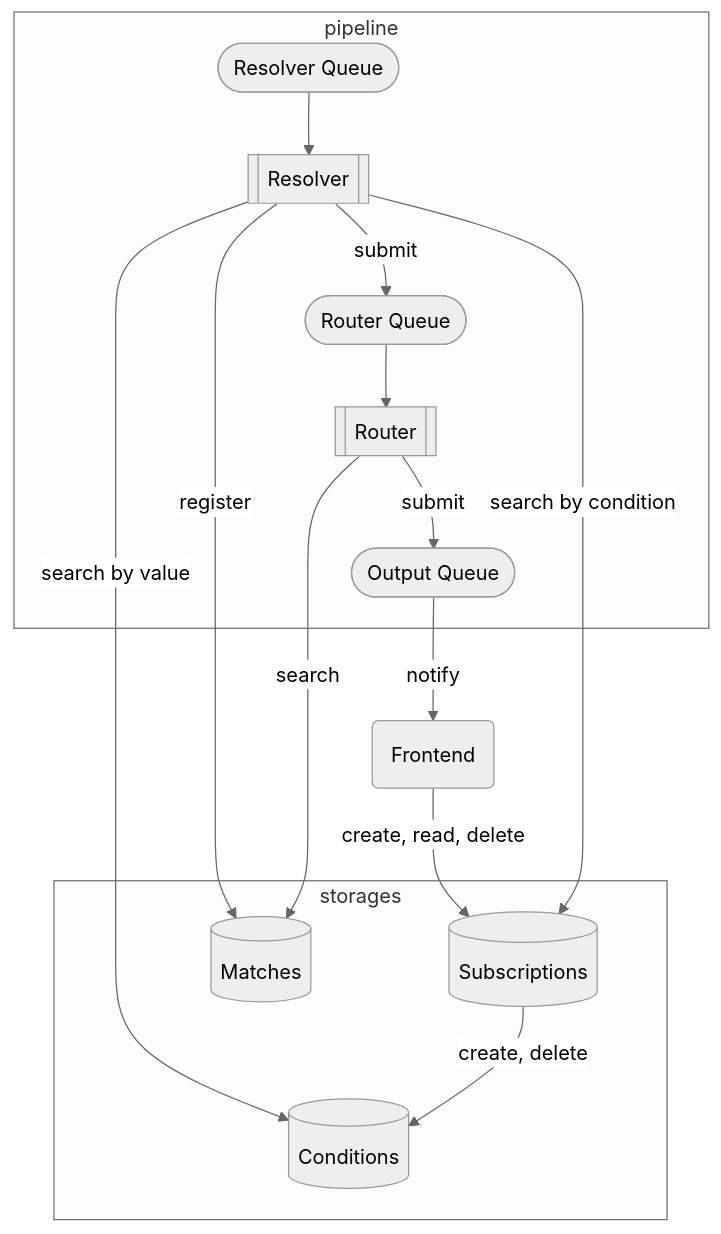
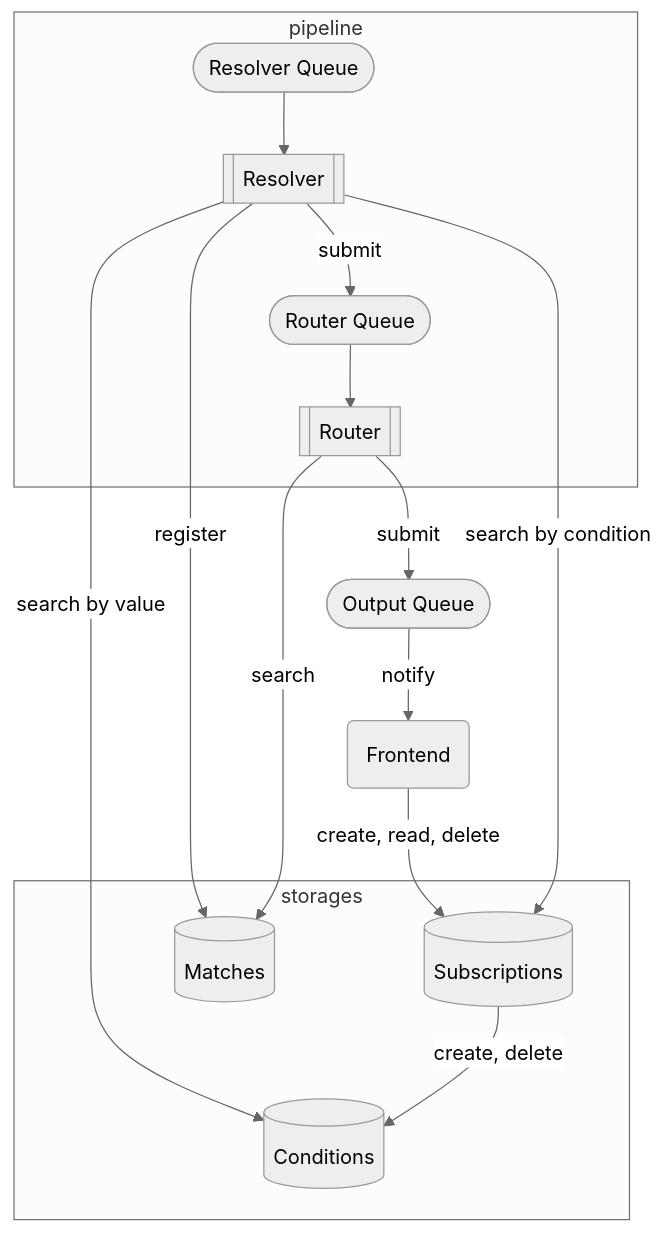
One commit to awakari/.github changed the second of 2 diagrams in profile/README.md. Above: the diagram before and after it, drawn with Mermaid. The commit also changed other lines of this file, not shown here.

````diff
--- a/profile/README.md
+++ b/profile/README.md
@@ -161,23 +161,23 @@
 ```mermaid
 %%{init: {'theme': 'neutral' } }%%
 flowchart TB
     subgraph pipeline
         resolverQueue([Resolver Queue])
         resolver[[Resolver]]
         routerQueue([Router Queue])
         router[[Router]]
-        outputQueue([Output Queue])
     end
     subgraph storages
         conditions[(Conditions)]
         subscriptions[(Subscriptions)]
         matches[(Matches)]
     end
+    outputQueue([Output Queue])
     frontend(Frontend) -->|create, read, delete| subscriptions
     resolver -->|search by value| conditions
     resolver --> |search by condition| subscriptions
     resolver --> |register| matches
     subscriptions --> |create, delete| conditions
     router --> |search| matches
     resolverQueue --> resolver -->|submit| routerQueue --> router -->|submit| outputQueue -->|notify| frontend
 ```
````
